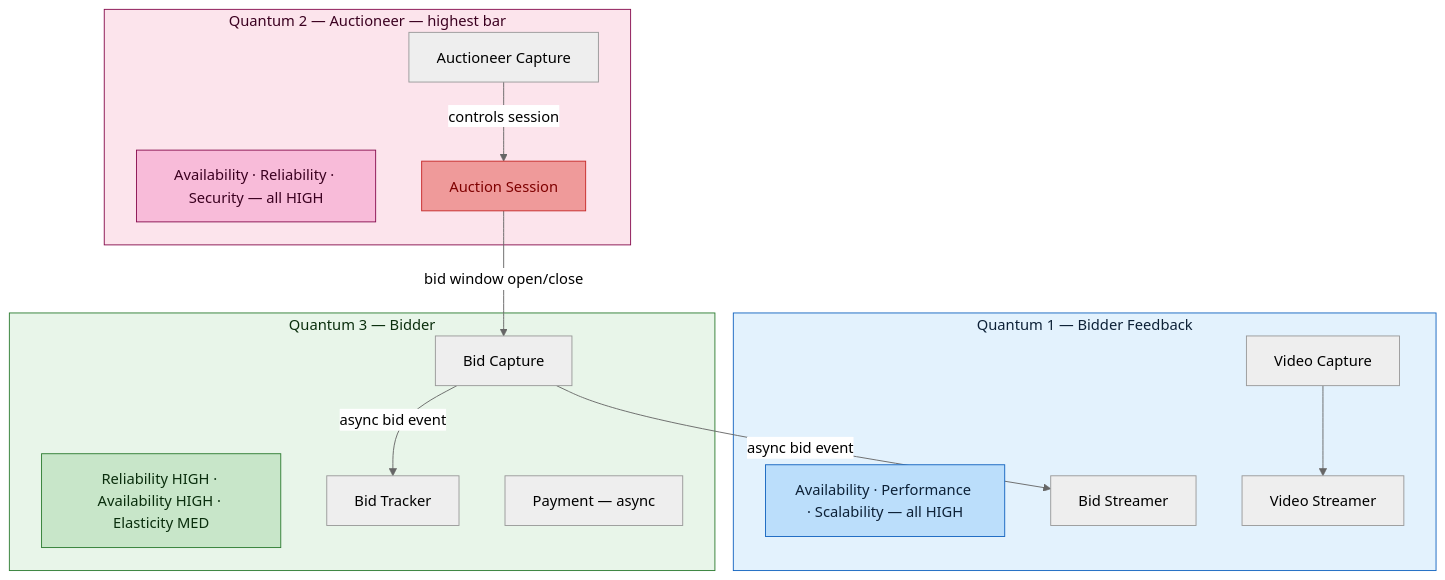
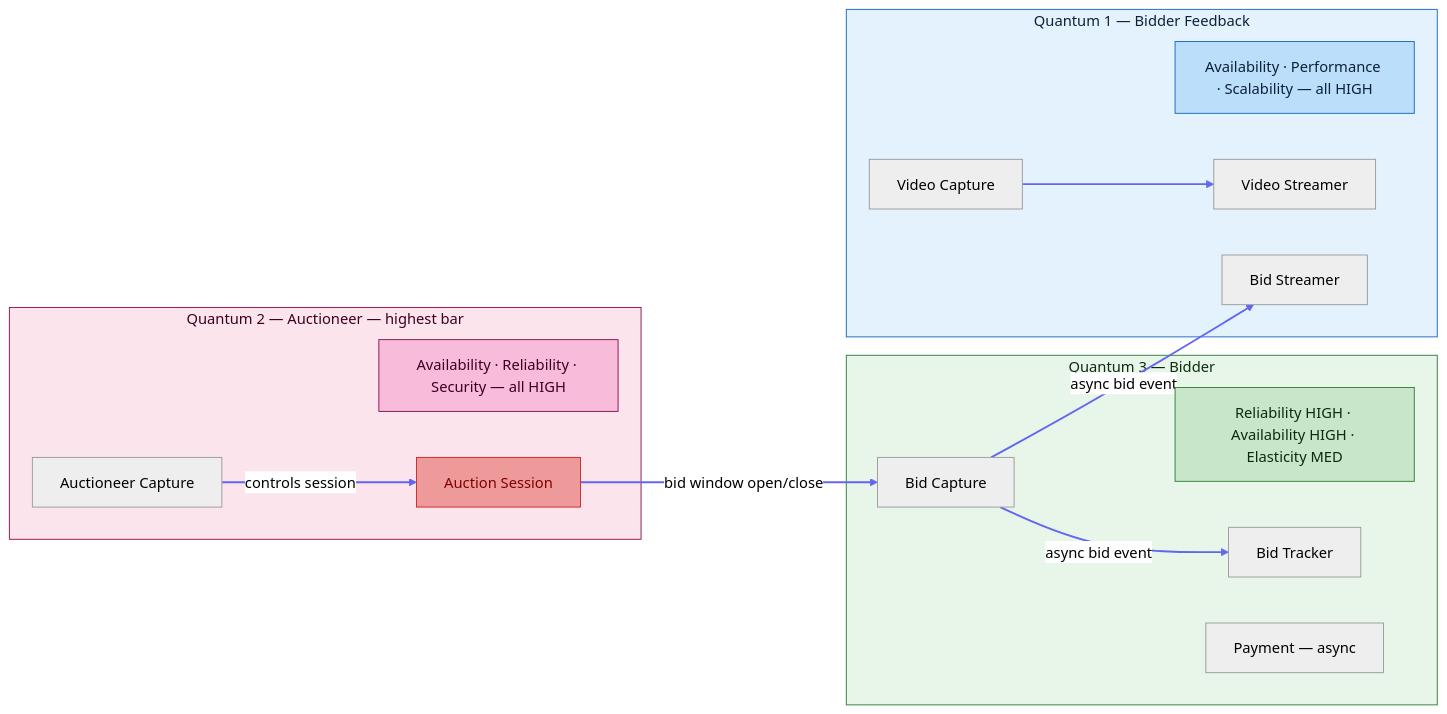
The diagram in books/fundamentals-of-software-architecture/diagrams/04-architecture-quantum.md (ozzgio/swbook-labs), drawn with Mermaid (neutral theme) before and after one commit. The commit also changed other lines of this file and 3 other files, not shown here.

First line of the commit message:
fix: visible arrows and clean node labels across all diagrams

````diff
--- a/books/fundamentals-of-software-architecture/diagrams/04-architecture-quantum.md
+++ b/books/fundamentals-of-software-architecture/diagrams/04-architecture-quantum.md
@@ -7,36 +7,38 @@
 ```mermaid
-flowchart TB
-    subgraph Q1["Quantum 1 — Bidder Feedback"]
-        Q1C["Availability · Performance · Scalability — all HIGH"]
-        BS["Bid Streamer"]
-        VC["Video Capture"]
-        VS["Video Streamer"]
-    end
-
+flowchart LR
     subgraph Q2["Quantum 2 — Auctioneer — highest bar"]
         Q2C["Availability · Reliability · Security — all HIGH"]
         AC["Auctioneer Capture"]
         AS["Auction Session"]
     end
 
     subgraph Q3["Quantum 3 — Bidder"]
         Q3C["Reliability HIGH · Availability HIGH · Elasticity MED"]
         BC["Bid Capture"]
         BT["Bid Tracker"]
         PAY["Payment — async"]
     end
 
+    subgraph Q1["Quantum 1 — Bidder Feedback"]
+        Q1C["Availability · Performance · Scalability — all HIGH"]
+        BS["Bid Streamer"]
+        VC["Video Capture"]
+        VS["Video Streamer"]
+    end
+
+    AC -- "controls session" --> AS
+    AS -- "bid window open/close" --> BC
+    BC -- "async bid event" --> BT
     BC -- "async bid event" --> BS
-    BC -- "async bid event" --> BT
-    AS -- "bid window open/close" --> BC
-    AC -- "controls session" --> AS
     VC --> VS
 
-    style Q1 fill:#e3f2fd,stroke:#1565c0,color:#0d2137
+    linkStyle 0,1,2,3,4 stroke:#6366f1,stroke-width:2px
+
     style Q2 fill:#fce4ec,stroke:#880e4f,color:#3b0020
     style Q3 fill:#e8f5e9,stroke:#2e7d32,color:#0a2e0d
-    style Q1C fill:#bbdefb,stroke:#1565c0,color:#0d2137
+    style Q1 fill:#e3f2fd,stroke:#1565c0,color:#0d2137
     style Q2C fill:#f8bbd9,stroke:#880e4f,color:#3b0020
     style Q3C fill:#c8e6c9,stroke:#2e7d32,color:#0a2e0d
+    style Q1C fill:#bbdefb,stroke:#1565c0,color:#0d2137
     style AS fill:#ef9a9a,stroke:#c62828,color:#7f0000
 ```
````
